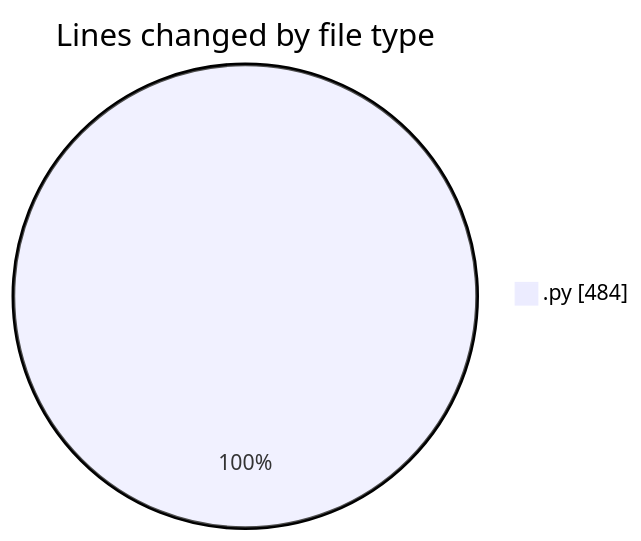
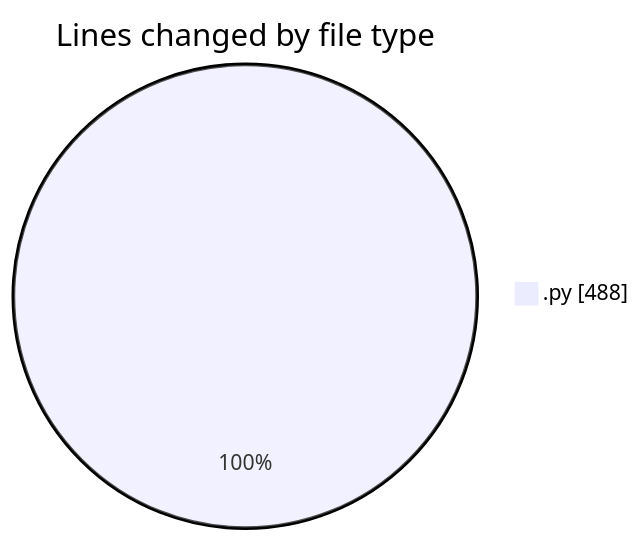
One commit to MatusMokan/code-tracking changed the first of 2 diagrams in 2025-01-12/myws__workspace_/README.md. Above: the diagram before and after it, drawn with Mermaid. The commit also changed other lines of this file and 1 other file, not shown here.

````diff
--- a/2025-01-12/myws__workspace_/README.md
+++ b/2025-01-12/myws__workspace_/README.md
@@ -21,5 +21,5 @@
 ```mermaid
 pie showData
 title Lines changed by file type
-".py" : 484
+".py" : 488
 ```
````
